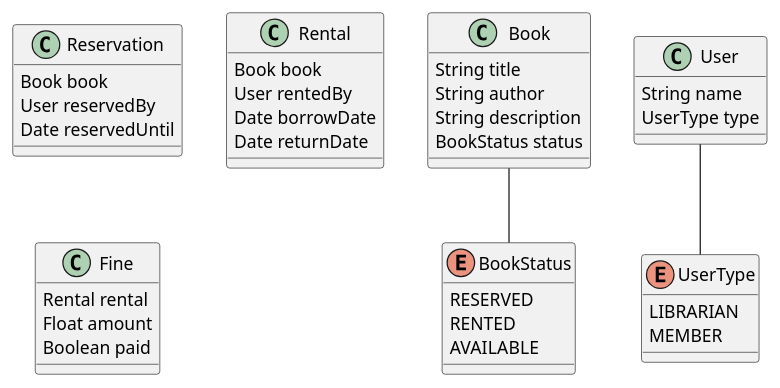
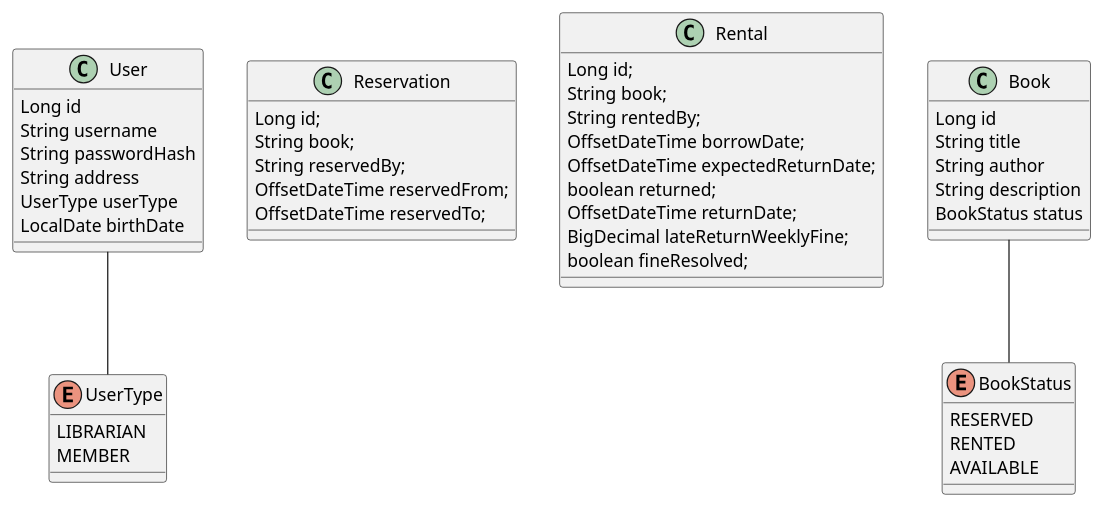
Before and after one commit to Crytastic/library-management-system: the diagram in puml/classDiagram.puml, drawn with PlantUML.

```diff
--- a/puml/classDiagram.puml
+++ b/puml/classDiagram.puml
@@ -1,49 +1,55 @@
 @startuml
 
+
+class User {
+Long id
+String username
+String passwordHash
+String address
+UserType userType
+LocalDate birthDate
+}
+
+class Reservation {
+Long id;
+String book;
+String reservedBy;
+OffsetDateTime reservedFrom;
+OffsetDateTime reservedTo;
+}
+
+class Rental {
+Long id;
+String book;
+String rentedBy;
+OffsetDateTime borrowDate;
+OffsetDateTime expectedReturnDate;
+boolean returned;
+OffsetDateTime returnDate;
+BigDecimal lateReturnWeeklyFine;
+boolean fineResolved;
+}
+
 class Book {
+Long id
 String title
 String author
 String description
 BookStatus status
-}
-
-class User {
-String name
-UserType type
-}
-
-class Reservation {
-Book book
-User reservedBy
-Date reservedUntil
-}
-
-class Rental {
-Book book
-User rentedBy
-Date borrowDate
-Date returnDate
-}
-
-class Fine {
-Rental rental
-Float amount
-Boolean paid
 }
 
 enum UserType {
 LIBRARIAN
 MEMBER
 }
 
 enum BookStatus {
 RESERVED
 RENTED
 AVAILABLE
 }
 
 Book -- BookStatus
 User -- UserType
 
-
 @enduml
```
